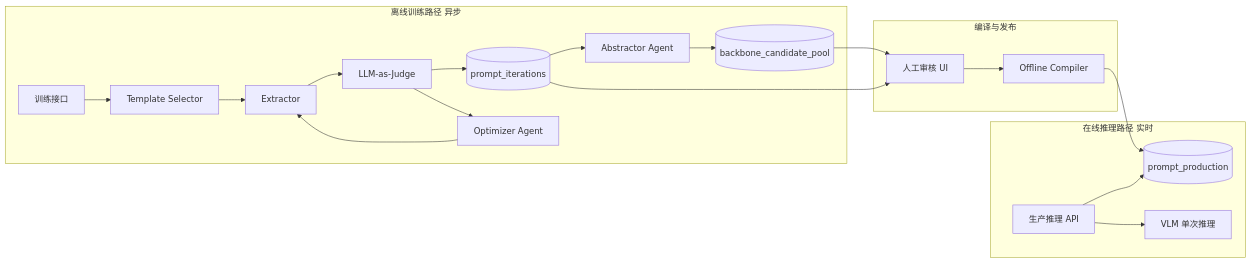
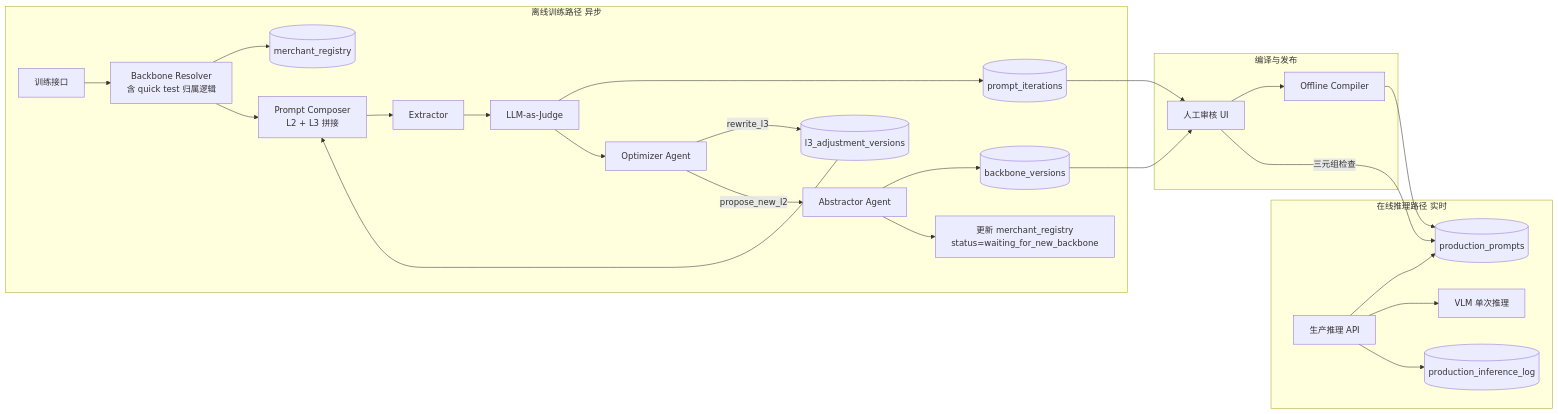
Before and after one commit to YunChen1227/auto_prompt_optimzer: the fourth of 9 diagrams in designs/DESIGN.md, drawn with Mermaid. The commit also changed other lines of this file, not shown here.

````diff
--- a/designs/DESIGN.md
+++ b/designs/DESIGN.md
@@ -247,26 +295,32 @@
 ```mermaid
 flowchart LR
     subgraph online [在线推理路径 实时]
-        ProdAPI[生产推理 API] --> ProdStore[(prompt_production)]
+        ProdAPI[生产推理 API] --> ProdStore[(production_prompts)]
         ProdAPI --> VLM1[VLM 单次推理]
+        ProdAPI --> ProdLog[(production_inference_log)]
     end
     
     subgraph offline [离线训练路径 异步]
-        TrainAPI[训练接口] --> Selector[Template Selector]
-        Selector --> Extractor
+        TrainAPI[训练接口] --> Resolver[Backbone Resolver<br/>含 quick test 归属逻辑]
+        Resolver --> MR[(merchant_registry)]
+        Resolver --> Composer[Prompt Composer<br/>L2 + L3 拼接]
+        Composer --> Extractor
         Extractor --> Judge[LLM-as-Judge]
         Judge --> IterStore[(prompt_iterations)]
         Judge --> OptAgent[Optimizer Agent]
-        OptAgent --> Extractor
-        IterStore --> AbsAgent[Abstractor Agent]
-        AbsAgent --> Pool[(backbone_candidate_pool)]
+        OptAgent -- "rewrite_l3" --> L3Store[(l3_adjustment_versions)]
+        OptAgent -- "propose_new_l2" --> AbsAgent[Abstractor Agent]
+        L3Store --> Composer
+        AbsAgent --> BBStore[(backbone_versions)]
+        AbsAgent --> SetWait[更新 merchant_registry<br/>status=waiting_for_new_backbone]
     end
     
     subgraph compile [编译与发布]
         Approval[人工审核 UI] --> Compiler[Offline Compiler]
         Compiler --> ProdStore
+        Approval -- "三元组检查" --> ProdStore
     end
     
     IterStore --> Approval
-    Pool --> Approval
+    BBStore --> Approval
 ```
````
